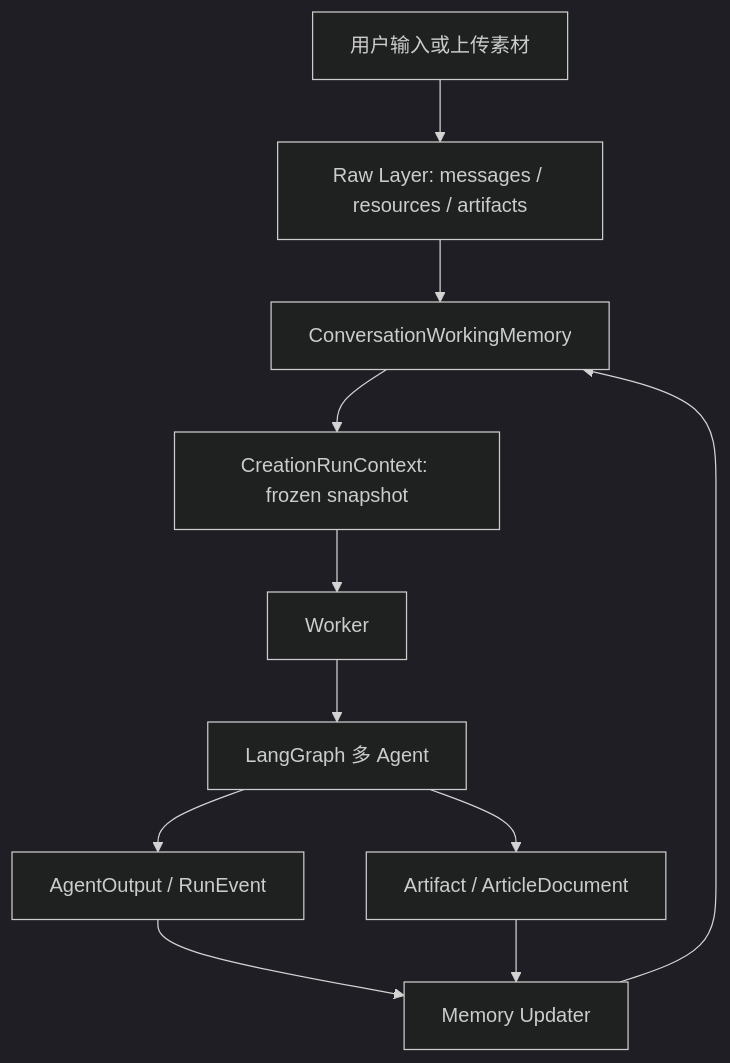
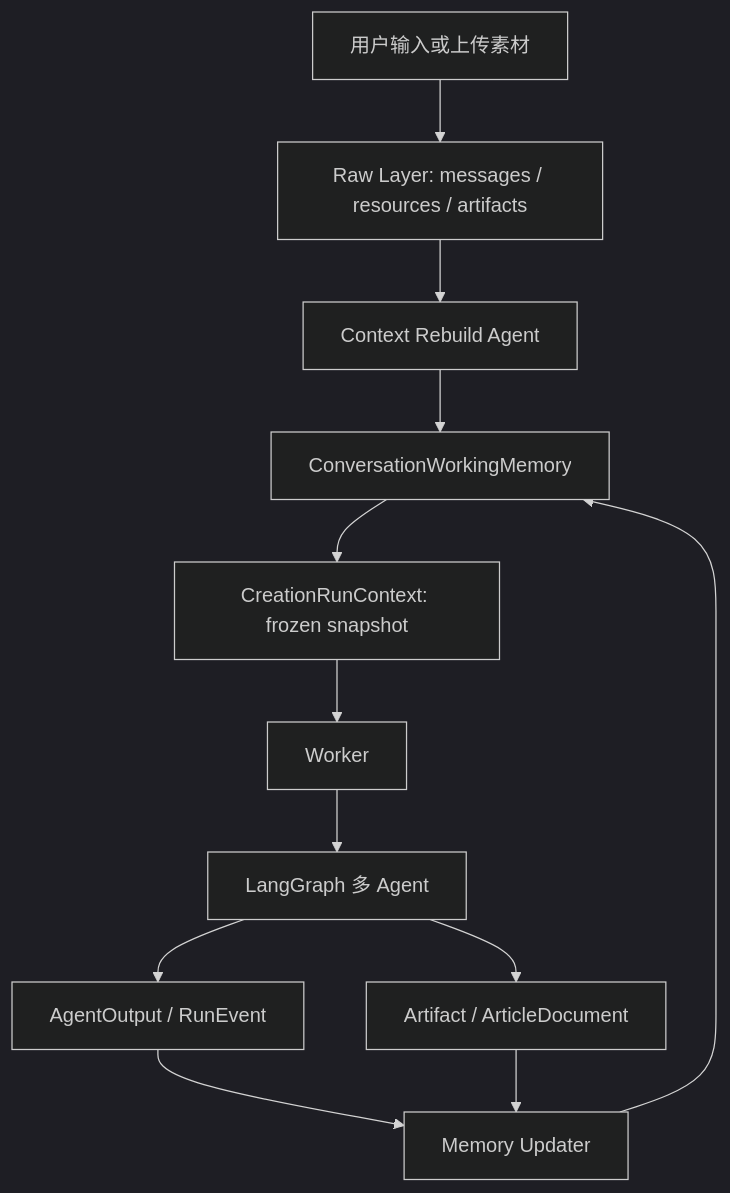
The first of 2 diagrams in docs/specs/013-conversation-session-memory.md (JourneyJu/media-forge), drawn with Mermaid (dark theme) before and after one commit. The commit also changed other lines of this file and 17 other files, not shown here.

````diff
--- a/docs/specs/013-conversation-session-memory.md
+++ b/docs/specs/013-conversation-session-memory.md
@@ -52,13 +61,14 @@
 ```mermaid
 flowchart TD
   User["用户输入或上传素材"] --> Raw["Raw Layer: messages / resources / artifacts"]
-  Raw --> Memory["ConversationWorkingMemory"]
+  Raw --> Rebuild["Context Rebuild Agent"]
+  Rebuild --> Memory["ConversationWorkingMemory"]
   Memory --> RunContext["CreationRunContext: frozen snapshot"]
   RunContext --> Worker["Worker"]
   Worker --> Graph["LangGraph 多 Agent"]
   Graph --> Outputs["AgentOutput / RunEvent"]
   Graph --> Artifact["Artifact / ArticleDocument"]
   Outputs --> UpdateMemory["Memory Updater"]
   Artifact --> UpdateMemory
   UpdateMemory --> Memory
 ```
````
